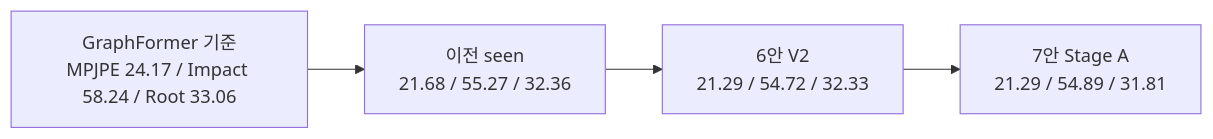
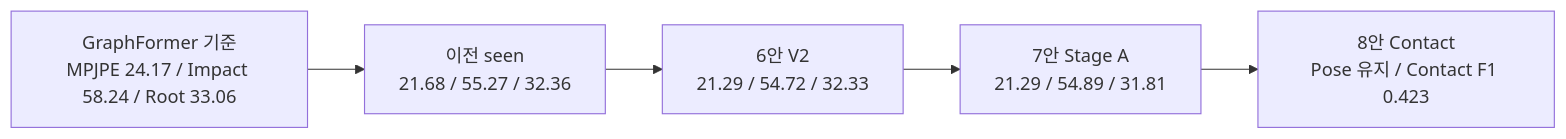
The third of 6 diagrams in CSI-to-Pose/README.md (jjyoon012-git/NotiFi), drawn with Mermaid before and after one commit. The commit also changed other lines of this file and 14 other files, not shown here.

````diff
--- a/CSI-to-Pose/README.md
+++ b/CSI-to-Pose/README.md
@@ -119,8 +136,9 @@
 ```mermaid
 flowchart LR
     A["GraphFormer 기준<br/>MPJPE 24.17 / Impact 58.24 / Root 33.06"]
     B["이전 seen<br/>21.68 / 55.27 / 32.36"]
     C["6안 V2<br/>21.29 / 54.72 / 32.33"]
     D["7안 Stage A<br/>21.29 / 54.89 / 31.81"]
-    A --> B --> C --> D
+    E["8안 Contact<br/>Pose 유지 / Contact F1 0.423"]
+    A --> B --> C --> D --> E
 ```
````
